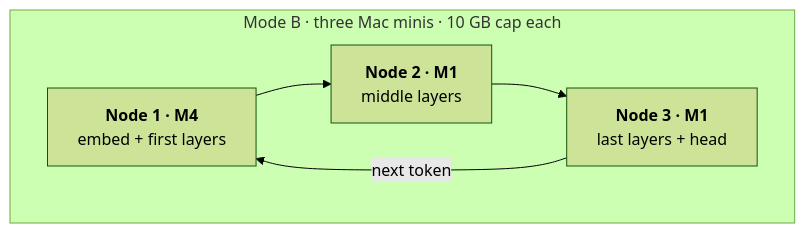
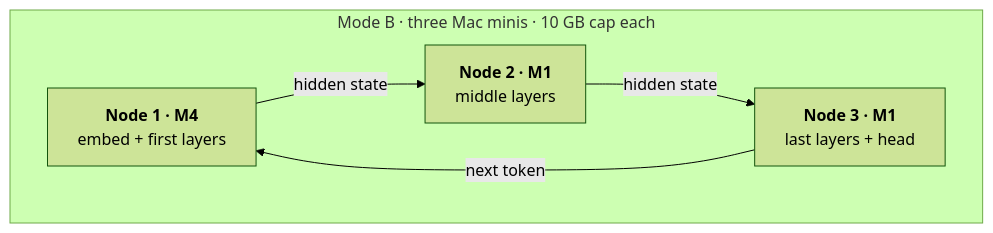
One commit to transybao1393/moeflux changed the second of 2 diagrams in README.md. Above: the diagram before and after it, drawn with Mermaid (forest theme). The commit also changed other lines of this file and 1 other file, not shown here.

First line of the commit message:
docs: make diagram arrows show data flow

````diff
--- a/README.md
+++ b/README.md
@@ -62,8 +62,9 @@
 ```mermaid
 flowchart LR
     subgraph B["Mode B · three Mac minis · 10 GB cap each"]
         direction LR
-        N1["<b>Node 1 · M4</b><br/>embed + first layers"] --> N2["<b>Node 2 · M1</b><br/>middle layers"] --> N3["<b>Node 3 · M1</b><br/>last layers + head"]
+        N1["<b>Node 1 · M4</b><br/>embed + first layers"] -- "hidden state" --> N2["<b>Node 2 · M1</b><br/>middle layers"]
+        N2 -- "hidden state" --> N3["<b>Node 3 · M1</b><br/>last layers + head"]
         N3 -- "next token" --> N1
     end
 ```
````
